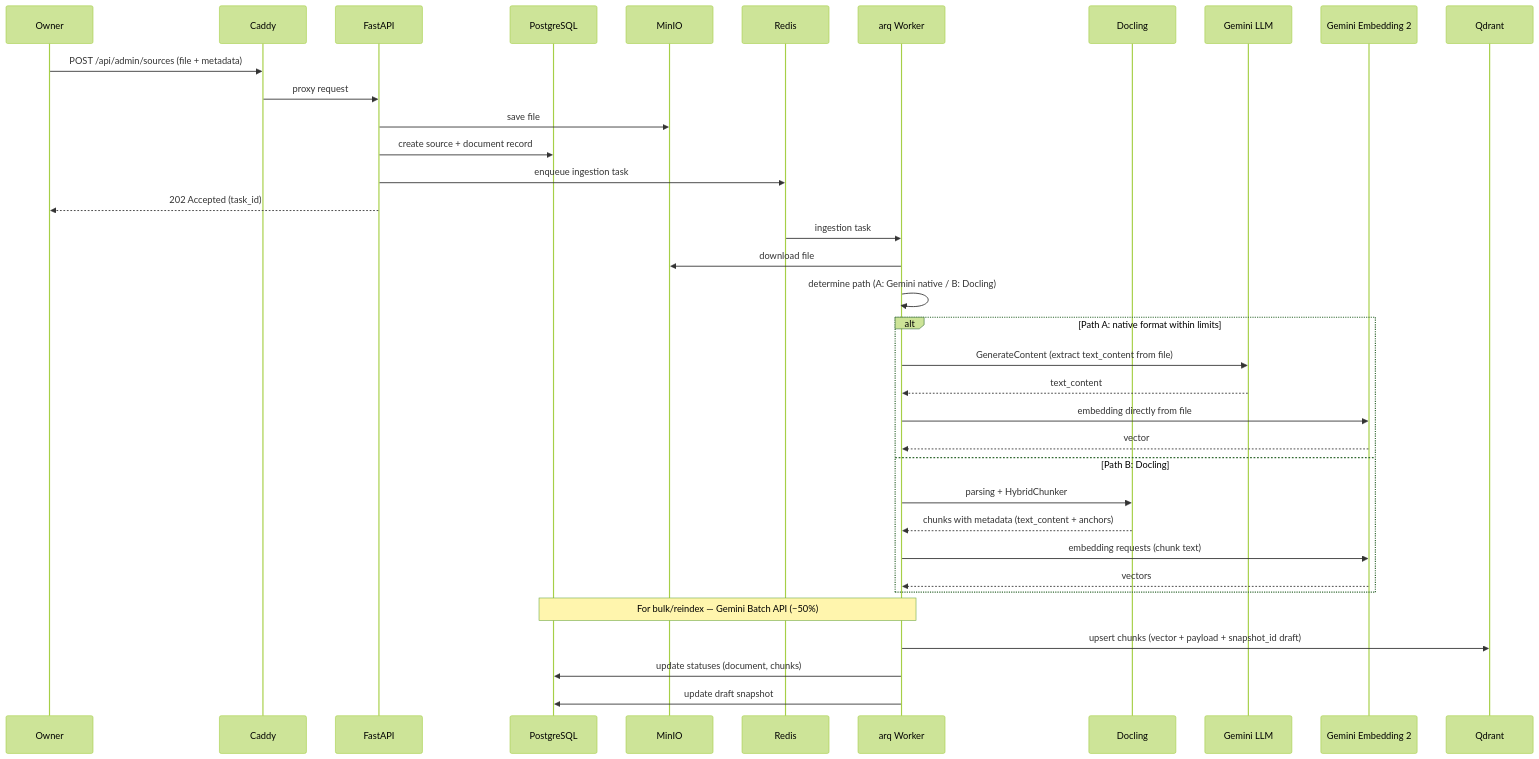
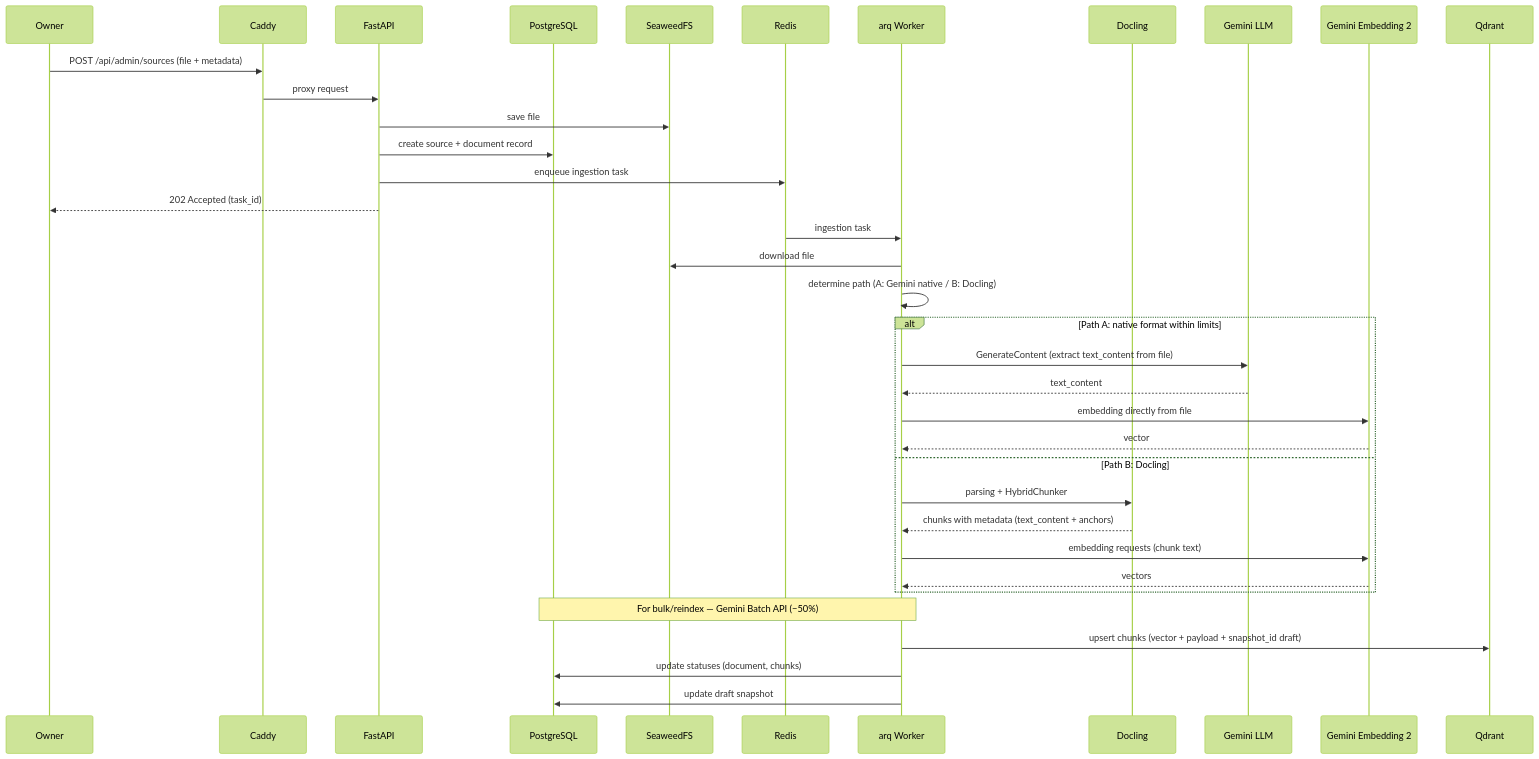
One commit to itechmeat/proxymind changed the fifth of 8 diagrams in docs/architecture.md. Above: the diagram before and after it, drawn with Mermaid (forest theme). The commit also changed other lines of this file and 41 other files, not shown here.

First line of the commit message:
feat(storage): replace MinIO with SeaweedFS for object storage (S2-05)

````diff
--- a/docs/architecture.md
+++ b/docs/architecture.md
@@ -203,42 +203,42 @@
 ```mermaid
 sequenceDiagram
     participant O as Owner
     participant C as Caddy
     participant A as FastAPI
     participant PG as PostgreSQL
-    participant M as MinIO
+    participant M as SeaweedFS
     participant R as Redis
     participant W as arq Worker
     participant D as Docling
     participant GL as Gemini LLM
     participant GE as Gemini Embedding 2
     participant Q as Qdrant
 
     O->>C: POST /api/admin/sources (file + metadata)
     C->>A: proxy request
     A->>M: save file
     A->>PG: create source + document record
     A->>R: enqueue ingestion task
     A-->>O: 202 Accepted (task_id)
 
     R->>W: ingestion task
     W->>M: download file
     W->>W: determine path (A: Gemini native / B: Docling)
 
     alt Path A: native format within limits
         W->>GL: GenerateContent (extract text_content from file)
         GL-->>W: text_content
         W->>GE: embedding directly from file
         GE-->>W: vector
     else Path B: Docling
         W->>D: parsing + HybridChunker
         D-->>W: chunks with metadata (text_content + anchors)
         W->>GE: embedding requests (chunk text)
         GE-->>W: vectors
     end
 
     Note over W,PG: For bulk/reindex — Gemini Batch API (−50%)
     W->>Q: upsert chunks (vector + payload + snapshot_id draft)
     W->>PG: update statuses (document, chunks)
     W->>PG: update draft snapshot
 ```
````
